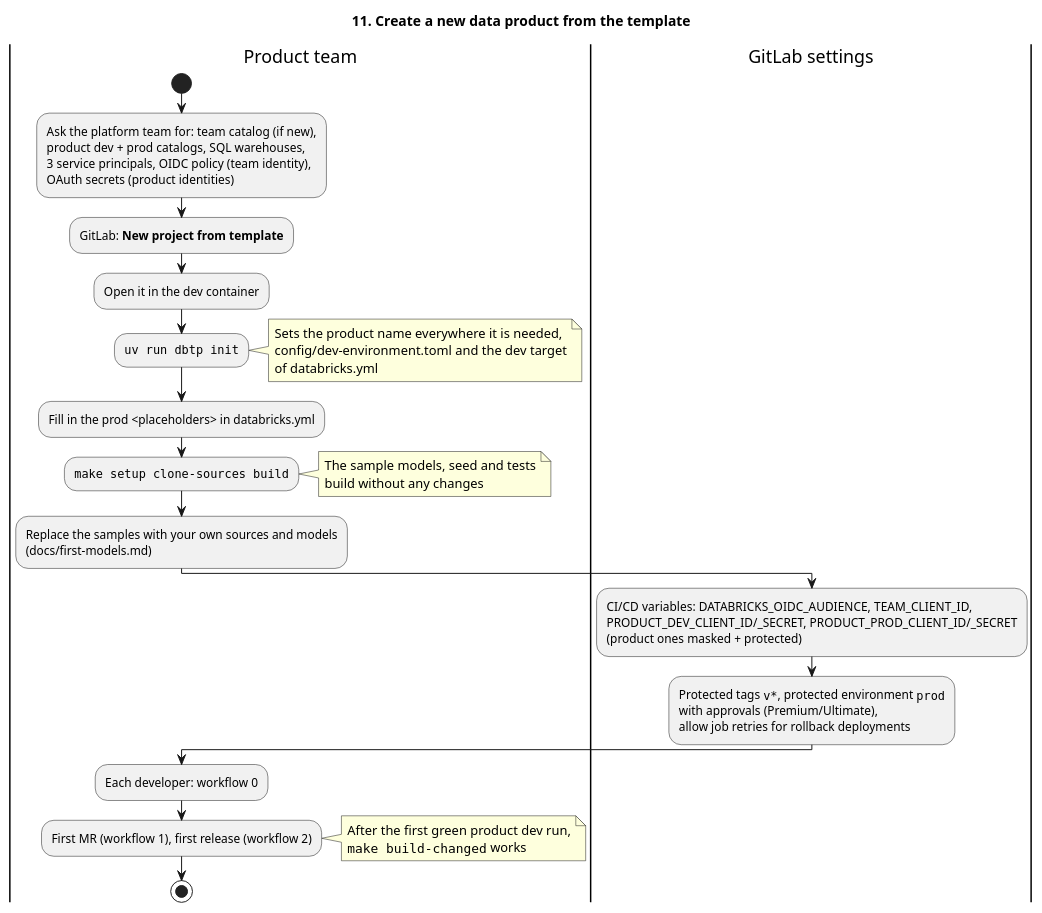
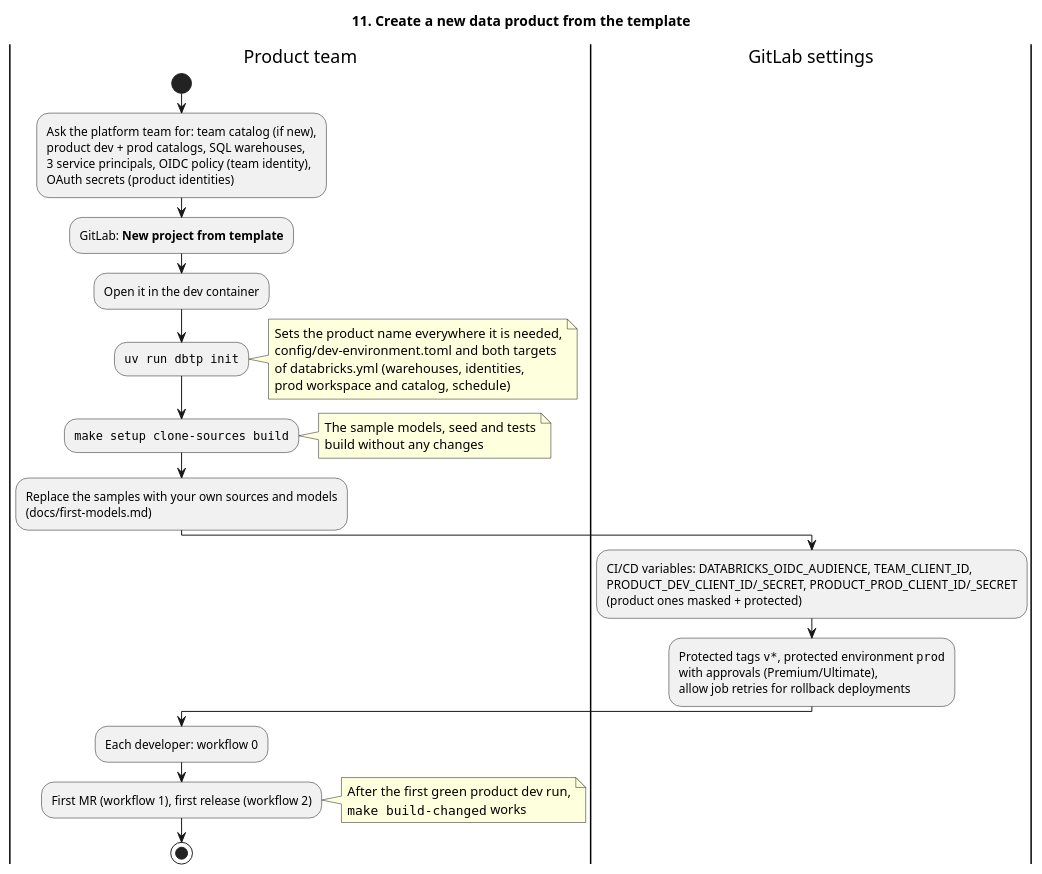
Diagram 11 of 11 in docs/workflows.md (PeterHenell/dbt-databricks-template), drawn with PlantUML before and after one commit. The commit also changed 12 other files, not shown here.

First line of the commit message:
dbtp init: fill every databricks.yml placeholder; bundle refuses leftovers

````diff
--- a/docs/workflows.md
+++ b/docs/workflows.md
@@ -647,43 +647,43 @@
 ```plantuml
 @startuml workflow-11-new-product
 title 11. Create a new data product from the template
 
 |Product team|
 start
 :Ask the platform team for: team catalog (if new),
 product dev + prod catalogs, SQL warehouses,
 3 service principals, OIDC policy (team identity),
 OAuth secrets (product identities);
 :GitLab: **New project from template**;
 :Open it in the dev container;
 :""uv run dbtp init"";
 note right
   Sets the product name everywhere it is needed,
-  config/dev-environment.toml and the dev target
-  of databricks.yml
+  config/dev-environment.toml and both targets
+  of databricks.yml (warehouses, identities,
+  prod workspace and catalog, schedule)
 end note
-:Fill in the prod <placeholders> in databricks.yml;
 :""make setup clone-sources build"";
 note right
   The sample models, seed and tests
   build without any changes
 end note
 :Replace the samples with your own sources and models
 (docs/first-models.md);
 |GitLab settings|
 :CI/CD variables: DATABRICKS_OIDC_AUDIENCE, TEAM_CLIENT_ID,
 PRODUCT_DEV_CLIENT_ID/_SECRET, PRODUCT_PROD_CLIENT_ID/_SECRET
 (product ones masked + protected);
 :Protected tags ""v*"", protected environment ""prod""
 with approvals (Premium/Ultimate),
 allow job retries for rollback deployments;
 |Product team|
 :Each developer: workflow 0;
 :First MR (workflow 1), first release (workflow 2);
 note right
   After the first green product dev run,
   ""make build-changed"" works
 end note
 stop
 @enduml
 ```
````
